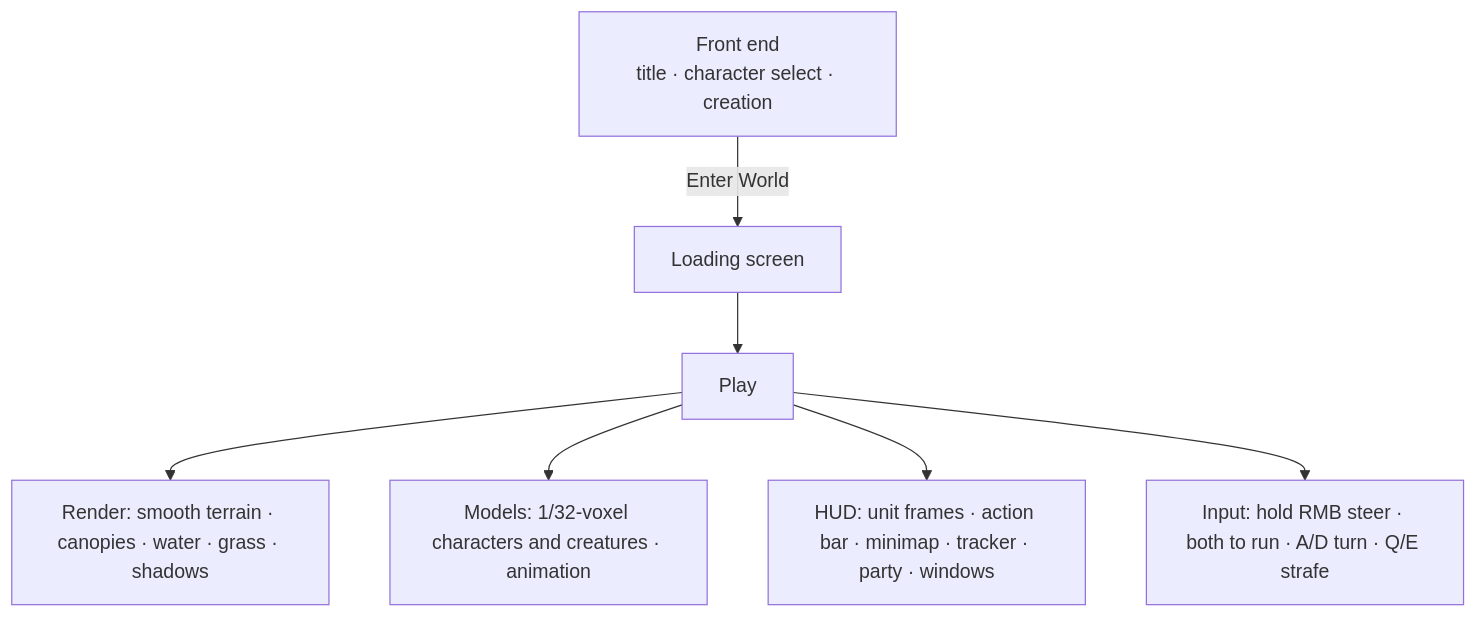
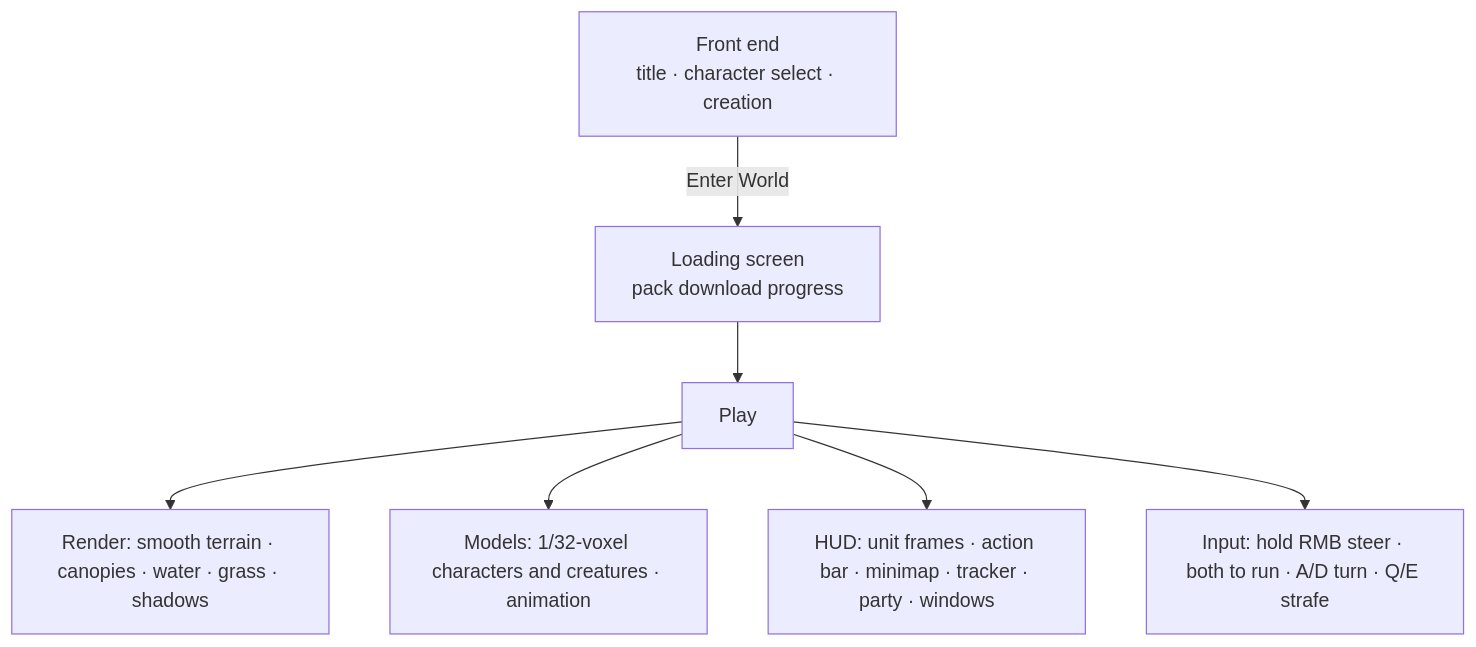
The seventh of 8 diagrams in docs/architecture.md (mortondev/dyno), drawn with Mermaid before and after one commit. The commit also changed other lines of this file and 35 other files, not shown here.

````diff
--- a/docs/architecture.md
+++ b/docs/architecture.md
@@ -310,9 +327,9 @@
 ```mermaid
 flowchart TD
-  F[Front end<br/>title · character select · creation] -->|Enter World| J[Loading screen]
+  F[Front end<br/>title · character select · creation] -->|Enter World| J[Loading screen<br/>pack download progress]
   J --> P[Play]
   P --> R[Render: smooth terrain · canopies · water · grass · shadows]
   P --> M[Models: 1/32-voxel characters and creatures · animation]
   P --> U[HUD: unit frames · action bar · minimap · tracker · party · windows]
   P --> I[Input: hold RMB steer · both to run · A/D turn · Q/E strafe]
 ```
````
